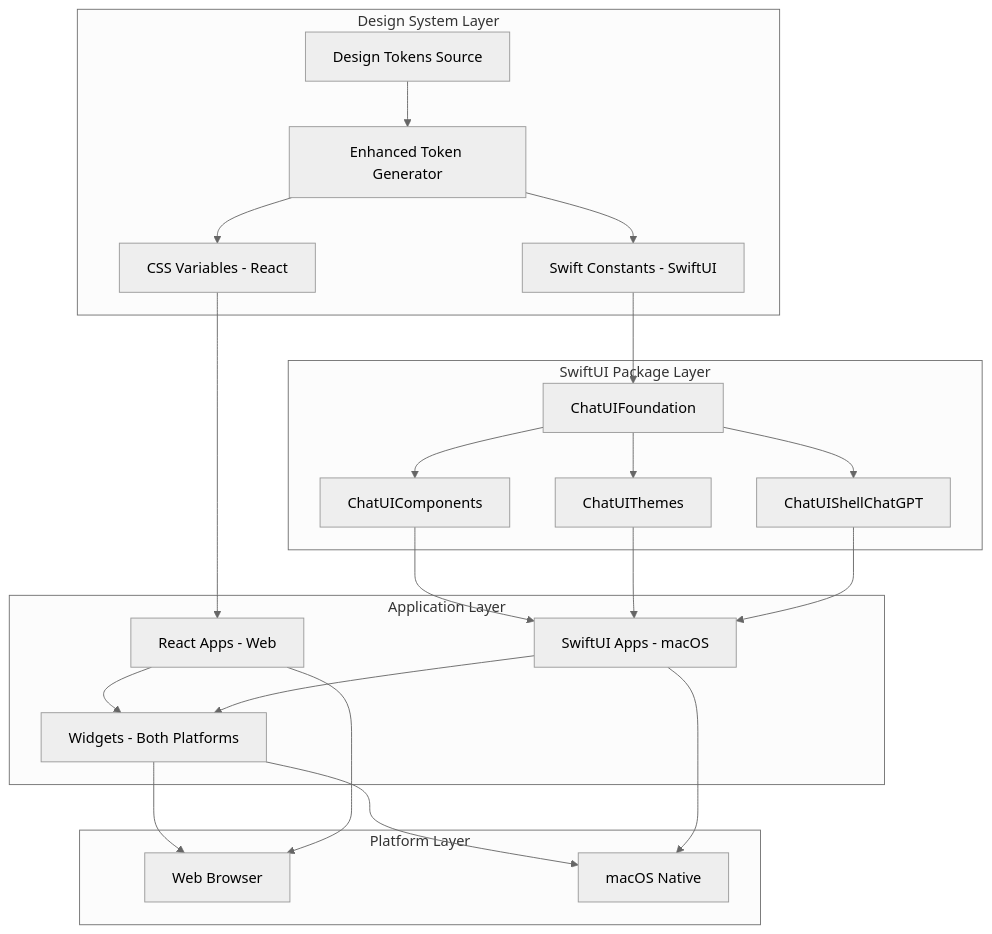
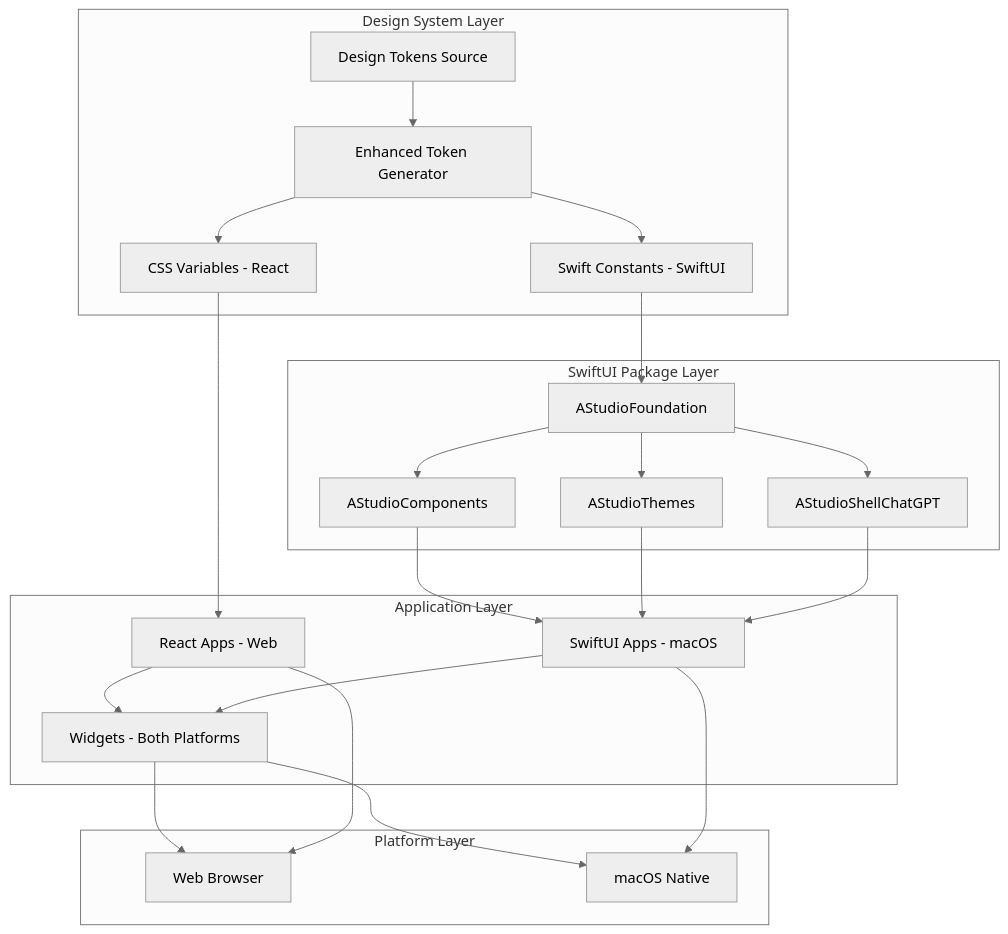
Before and after one commit to jscraik/Design-System: the diagram in .kiro/specs/native-macos-bridge/design.md, drawn with Mermaid (neutral theme). The commit also changed other lines of this file and 704 other files, not shown here.

````diff
--- a/.kiro/specs/native-macos-bridge/design.md
+++ b/.kiro/specs/native-macos-bridge/design.md
@@ -34,49 +34,49 @@
 ```mermaid
 graph TB
     subgraph "Design System Layer"
         DT[Design Tokens Source]
         TG[Enhanced Token Generator]
         CSS[CSS Variables - React]
         Swift[Swift Constants - SwiftUI]
     end
     
     subgraph "SwiftUI Package Layer"
-        CF[ChatUIFoundation]
-        CC[ChatUIComponents] 
-        CT[ChatUIThemes]
-        CS[ChatUIShellChatGPT]
+        CF[AStudioFoundation]
+        CC[AStudioComponents] 
+        CT[AStudioThemes]
+        CS[AStudioShellChatGPT]
     end
     
     subgraph "Application Layer"
         RA[React Apps - Web]
         SA[SwiftUI Apps - macOS]
         WID[Widgets - Both Platforms]
     end
     
     subgraph "Platform Layer"
         WEB[Web Browser]
         MACOS[macOS Native]
     end
     
     DT --> TG
     TG --> CSS
     TG --> Swift
     
     Swift --> CF
     CF --> CC
     CF --> CT
     CF --> CS
     
     CSS --> RA
     CC --> SA
     CT --> SA
     CS --> SA
     
     RA --> WID
     SA --> WID
     
     WID --> WEB
     WID --> MACOS
     RA --> WEB
     SA --> MACOS
 ```
````
